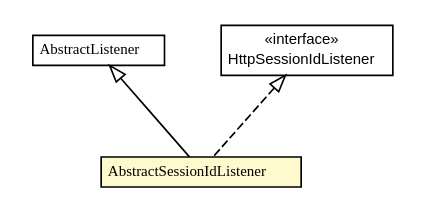
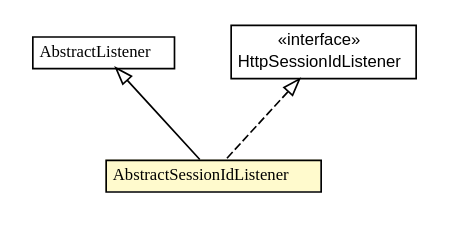
The diagram in static/javadocs/1.0.0/org/gservlet/AbstractSessionIdListener.dot (GServlet/gservlet-site), drawn with Graphviz before and after one commit. The commit also changed 168 other files, not shown here.

```diff
--- a/static/javadocs/1.0.0/org/gservlet/AbstractSessionIdListener.dot
+++ b/static/javadocs/1.0.0/org/gservlet/AbstractSessionIdListener.dot
@@ -1,35 +1,35 @@
 #!/usr/local/bin/dot
 #
 # Class diagram 
 # Generated by UMLGraph version R5_6-24-gf6e263 (http://www.umlgraph.org/)
 #
 
 digraph G {
 	edge [fontname="arial",fontsize=10,labelfontname="arial",labelfontsize=10];
 	node [fontname="arial",fontsize=10,shape=plaintext];
 	nodesep=0.25;
 	ranksep=0.5;
+	// org.gservlet.AbstractListener
+	c541 [label=<<table title="org.gservlet.AbstractListener" border="0" cellborder="1" cellspacing="0" cellpadding="2" port="p" href="./AbstractListener.html">
+		<tr><td><table border="0" cellspacing="0" cellpadding="1">
+<tr><td align="center" balign="center"><font face="arial italic"> AbstractListener </font></td></tr>
+		</table></td></tr>
+		</table>>, URL="./AbstractListener.html", fontname="arial", fontcolor="black", fontsize=10.0];
 	// org.gservlet.AbstractSessionIdListener
-	c554 [label=<<table title="org.gservlet.AbstractSessionIdListener" border="0" cellborder="1" cellspacing="0" cellpadding="2" port="p" bgcolor="lemonChiffon" href="./AbstractSessionIdListener.html">
+	c548 [label=<<table title="org.gservlet.AbstractSessionIdListener" border="0" cellborder="1" cellspacing="0" cellpadding="2" port="p" bgcolor="lemonChiffon" href="./AbstractSessionIdListener.html">
 		<tr><td><table border="0" cellspacing="0" cellpadding="1">
 <tr><td align="center" balign="center"><font face="arial italic"> AbstractSessionIdListener </font></td></tr>
 		</table></td></tr>
-		</table>>, URL="./AbstractSessionIdListener.html", fontname="arial", fontcolor="black", fontsize=9.0];
-	// org.gservlet.AbstractListener
-	c561 [label=<<table title="org.gservlet.AbstractListener" border="0" cellborder="1" cellspacing="0" cellpadding="2" port="p" href="./AbstractListener.html">
-		<tr><td><table border="0" cellspacing="0" cellpadding="1">
-<tr><td align="center" balign="center"><font face="arial italic"> AbstractListener </font></td></tr>
-		</table></td></tr>
-		</table>>, URL="./AbstractListener.html", fontname="arial", fontcolor="black", fontsize=9.0];
+		</table>>, URL="./AbstractSessionIdListener.html", fontname="arial", fontcolor="black", fontsize=10.0];
 	//org.gservlet.AbstractSessionIdListener extends org.gservlet.AbstractListener
-	c561:p -> c554:p [dir=back,arrowtail=empty];
+	c541:p -> c548:p [dir=back,arrowtail=empty];
 	//org.gservlet.AbstractSessionIdListener implements javax.servlet.http.HttpSessionIdListener
-	c577:p -> c554:p [dir=back,arrowtail=empty,style=dashed];
+	c577:p -> c548:p [dir=back,arrowtail=empty,style=dashed];
 	// javax.servlet.http.HttpSessionIdListener
 	c577 [label=<<table title="javax.servlet.http.HttpSessionIdListener" border="0" cellborder="1" cellspacing="0" cellpadding="2" port="p" href="http://java.sun.com/j2se/1.4.2/docs/api/javax/servlet/http/HttpSessionIdListener.html">
 		<tr><td><table border="0" cellspacing="0" cellpadding="1">
 <tr><td align="center" balign="center"> &#171;interface&#187; </td></tr>
 <tr><td align="center" balign="center"> HttpSessionIdListener </td></tr>
 		</table></td></tr>
-		</table>>, URL="http://java.sun.com/j2se/1.4.2/docs/api/javax/servlet/http/HttpSessionIdListener.html", fontname="arial", fontcolor="black", fontsize=9.0];
+		</table>>, URL="http://java.sun.com/j2se/1.4.2/docs/api/javax/servlet/http/HttpSessionIdListener.html", fontname="arial", fontcolor="black", fontsize=10.0];
 }
```
